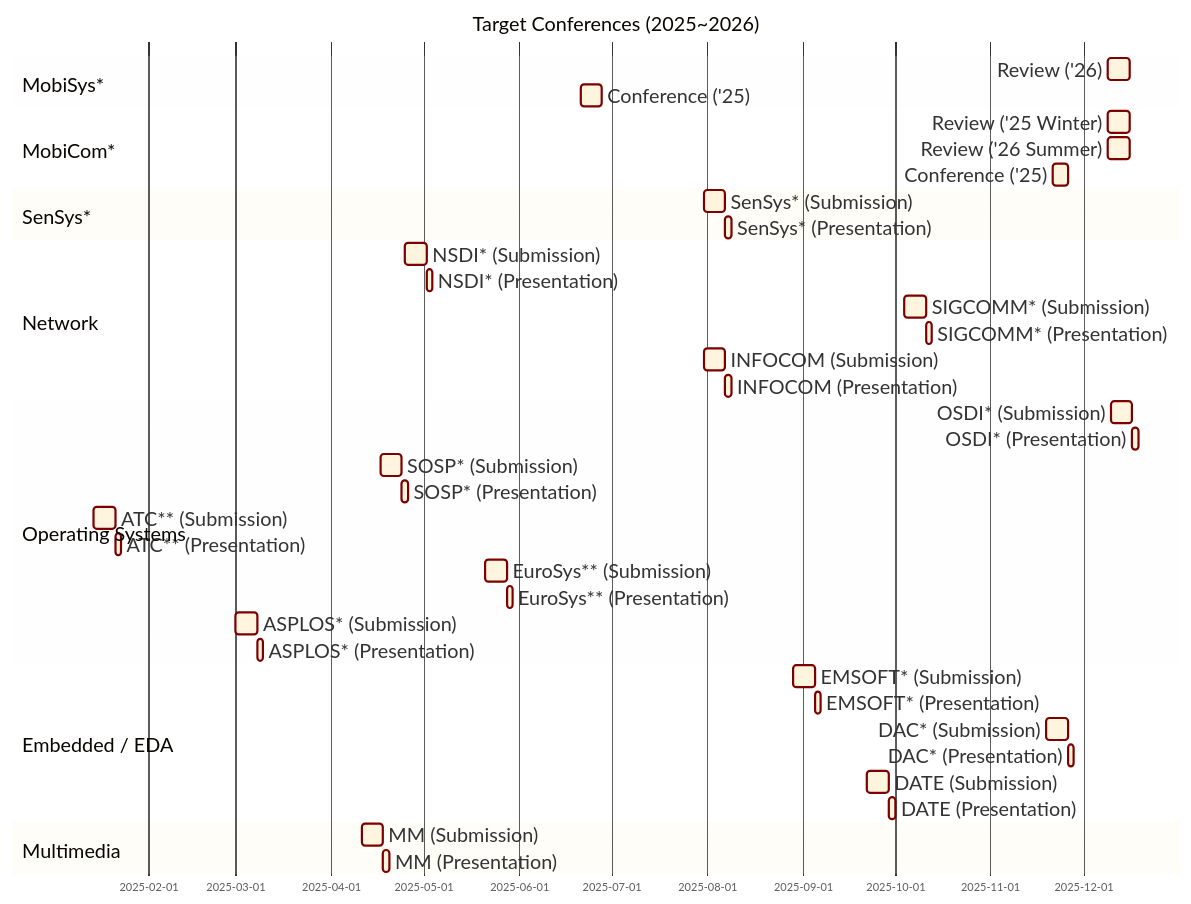
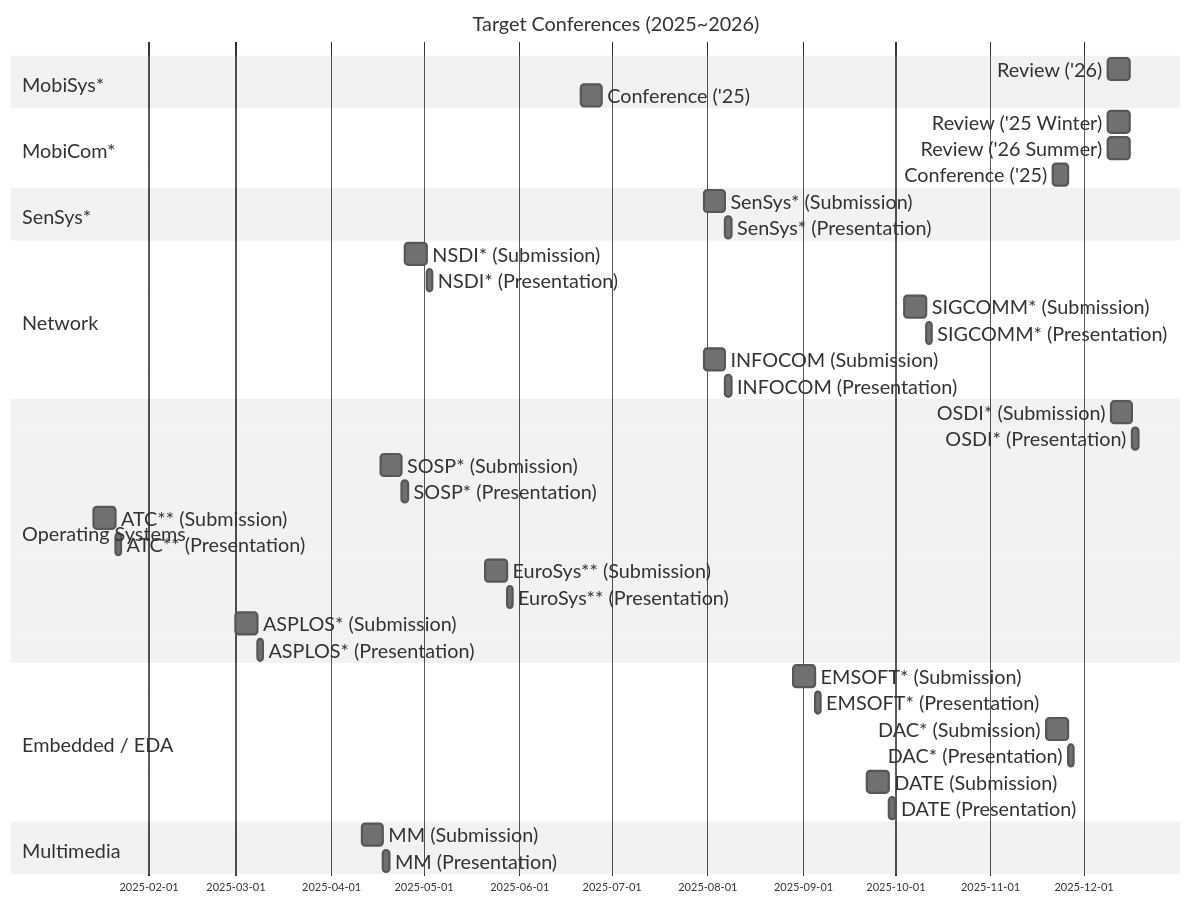
One commit to iamseonghoon/Mobile-Systems-Conference-Timelines changed the diagram in README.md. Above: the diagram before and after it, drawn with Mermaid.

````diff
--- a/README.md
+++ b/README.md
@@ -5,77 +5,73 @@
 ```mermaid
-%%{init: {'theme': 'base',
+%%{init: {'theme': 'neutral',
 'themeVariables': {
-      'fontSize': '18px',
-      'primaryBorderColor': '#7C0000',
-      'lineColor': '#F8B229',
-      'secondaryColor': '#006100',
-      'gridColor': '#f0f0f0'},
+      'fontSize': '18px'},
 "gantt": {
       "fontSize": 18,
       "sectionFontSize": 18,
       "axisFontSize": 20 
   }}}%%
 gantt
     dateFormat  YYYY-MM-DD
     title Target Conferences (2025~2026)
 
     %% --------------------------
     %% Mobile
     %% --------------------------
     section MobiSys*
     Review ('26)        :mobisys-review,    2025-12-09, 7d
     Conference ('25)      :mobisys-conf,    2025-06-21, 7d
     
     section MobiCom*
     Review ('25 Winter)       :mobicom-review1,    2025-12-09, 7d
     Review ('26 Summer)       :mobicom-review2,    2025-12-09, 7d
     Conference ('25)          :mobicom-conf,    2025-11-21, 5d
 
     section SenSys*
     SenSys* (Submission)        :sens-sub,  2025-07-31, 7d
     SenSys* (Presentation)      :sens-pres, after sens-sub, 2d
 
     %% --------------------------
     %% Network
     %% --------------------------
     section Network
     NSDI* (Submission)          :nsdi-sub,  2025-04-25, 7d
     NSDI* (Presentation)        :nsdi-pres, after nsdi-sub, 2d
     SIGCOMM* (Submission)       :sig-sub,   2025-10-04, 7d
     SIGCOMM* (Presentation)     :sig-pres,  after sig-sub, 2d
     INFOCOM (Submission)        :info-sub,  2025-07-31, 7d
     INFOCOM (Presentation)      :info-pres, after info-sub, 2d
 
     %% --------------------------
     %% Operating Systems
     %% --------------------------
     section Operating Systems
     OSDI* (Submission)          :osdi-sub,  2025-12-10, 7d
     OSDI* (Presentation)        :osdi-pres, after osdi-sub, 2d
     SOSP* (Submission)          :sosp-sub,  2025-04-17, 7d
     SOSP* (Presentation)        :sosp-pres, after sosp-sub, 2d
     ATC** (Submission)          :atc-sub,   2025-01-14, 7d
     ATC** (Presentation)        :atc-pres,  after atc-sub, 2d
     EuroSys** (Submission)      :euros-sub, 2025-05-21, 7d
     EuroSys** (Presentation)    :euros-pres,after euros-sub, 2d
     ASPLOS* (Submission)        :aspl-sub,  2025-03-01, 7d
     ASPLOS* (Presentation)      :aspl-pres, after aspl-sub, 2d
 
     %% --------------------------
     %% Embedded / EDA
     %% --------------------------
     section Embedded / EDA
     EMSOFT* (Submission)        :ems-sub,   2025-08-29, 7d
     EMSOFT* (Presentation)      :ems-pres,  after ems-sub, 2d
     DAC* (Submission)           :dac-sub,   2025-11-19, 7d
     DAC* (Presentation)         :dac-pres,  after dac-sub, 2d
     DATE (Submission)           :date-sub,  2025-09-22, 7d
     DATE (Presentation)         :date-pres, after date-sub, 2d
 
     %% --------------------------
     %% Multimedia
     %% --------------------------
     section Multimedia
     MM (Submission)             :mm-sub,    2025-04-11, 7d
     MM (Presentation)           :mm-pres,   after mm-sub, 2d
 ```
````
